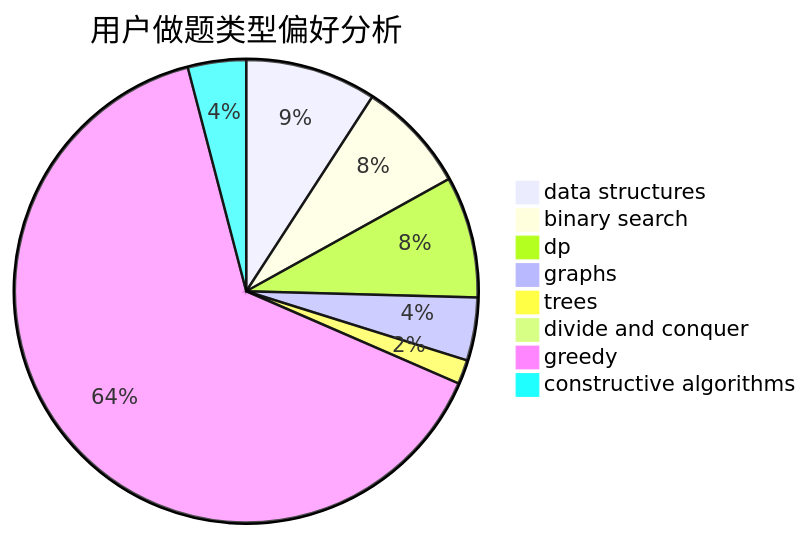
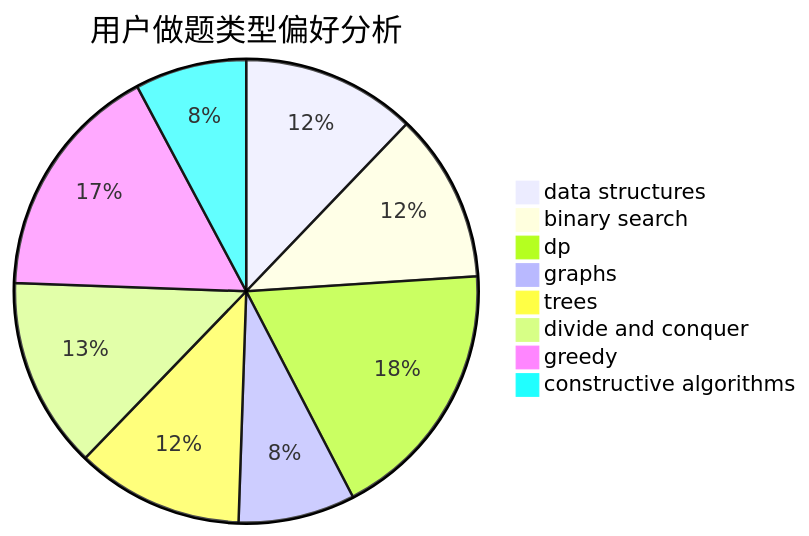
Before and after one commit to sherpahu/cfrs.github.io: the second of 3 diagrams in docs/user/u1415.md, drawn with Mermaid. The commit also changed other lines of this file and 2770 other files, not shown here.

````diff
--- a/docs/user/u1415.md
+++ b/docs/user/u1415.md
@@ -23,11 +23,11 @@
 ```mermaid
 pie title 用户做题类型偏好分析
-    "data structures" :  27
-    "binary search" :  23
-    "dp" :  25
-    "graphs" :  13
-    "trees" :  5
-    "divide and conquer" :  1
-    "greedy" :  190
-    "constructive algorithms" :  12
+    "data structures" :  103
+    "binary search" :  100
+    "dp" :  156
+    "graphs" :  69
+    "trees" :  99
+    "divide and conquer" :  113
+    "greedy" :  141
+    "constructive algorithms" :  66
 ```
````
